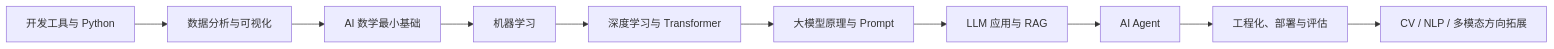
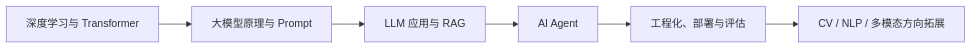
Before and after one commit to oudbiao/AI-fullstack-course: the second of 2 diagrams in docs/index.md, drawn with Mermaid. The commit also changed other lines of this file and 139 other files, not shown here.

````diff
--- a/docs/index.md
+++ b/docs/index.md
@@ -25,12 +47,8 @@
 ```mermaid
 flowchart LR
-  A[开发工具与 Python] --> B[数据分析与可视化]
-  B --> C[AI 数学最小基础]
-  C --> D[机器学习]
-  D --> E[深度学习与 Transformer]
-  E --> F[大模型原理与 Prompt]
+  E[深度学习与 Transformer] --> F[大模型原理与 Prompt]
   F --> G[LLM 应用与 RAG]
   G --> H[AI Agent]
   H --> I[工程化、部署与评估]
   I --> J[CV / NLP / 多模态方向拓展]
 ```
````
